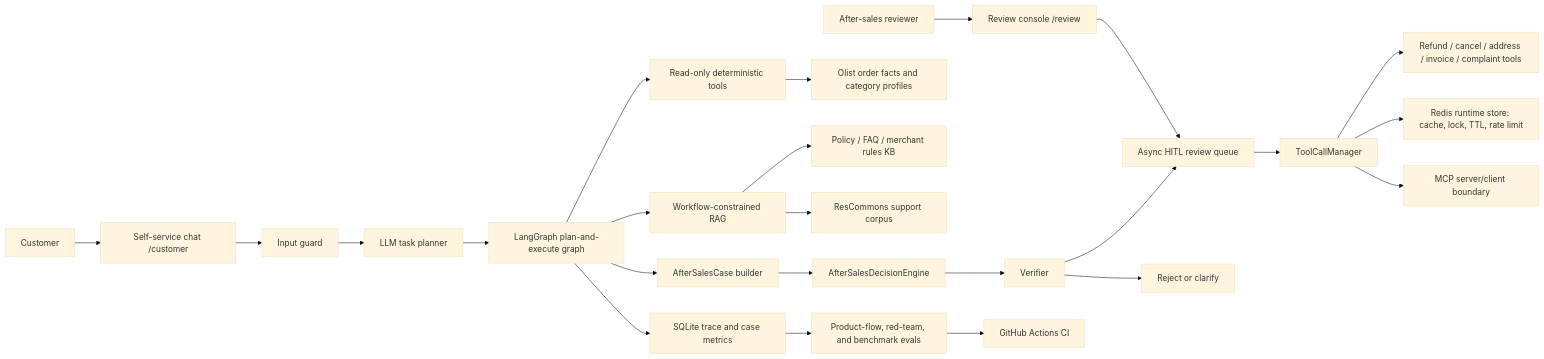
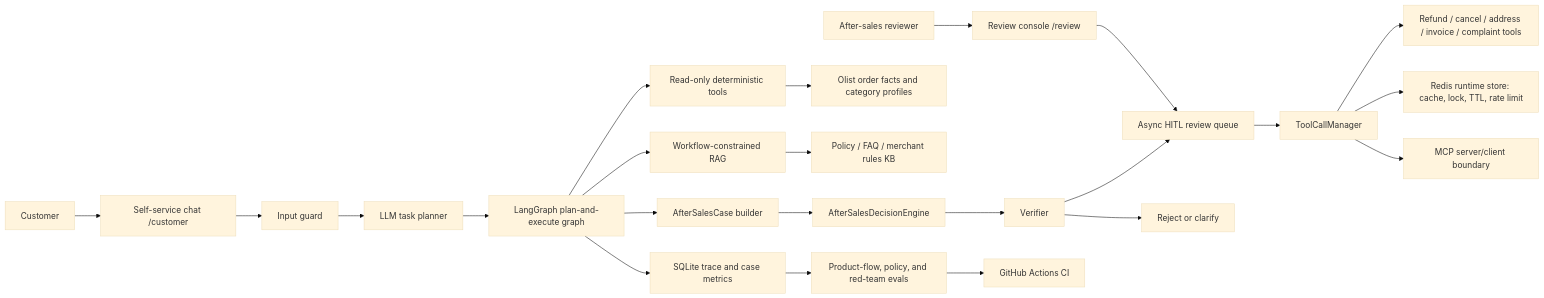
One commit to bigfish-emily/commerce-support-agent changed the diagram in docs/diagrams/overall_architecture.mmd. Above: the diagram before and after it, drawn with Mermaid (base theme). The commit also changed 29 other files, not shown here.

```diff
--- a/docs/diagrams/overall_architecture.mmd
+++ b/docs/diagrams/overall_architecture.mmd
@@ -1,28 +1,27 @@
 flowchart LR
     Customer[Customer] --> CustomerUI[Self-service chat /customer]
     Reviewer[After-sales reviewer] --> ReviewUI[Review console /review]
     CustomerUI --> Guard[Input guard]
     Guard --> Planner[LLM task planner]
     Planner --> Graph[LangGraph plan-and-execute graph]
     ReviewUI --> HITL
 
     Graph --> ReadTools[Read-only deterministic tools]
     Graph --> RAG[Workflow-constrained RAG]
     Graph --> Case[AfterSalesCase builder]
 
     ReadTools --> Olist[Olist order facts and category profiles]
     RAG --> Policy[Policy / FAQ / merchant rules KB]
-    RAG --> SupportCorpus[ResCommons support corpus]
 
     Case --> Decision[AfterSalesDecisionEngine]
     Decision --> Verifier[Verifier]
     Verifier --> SafeExit[Reject or clarify]
     Verifier --> HITL[Async HITL review queue]
     HITL --> ToolManager[ToolCallManager]
     ToolManager --> SideEffect[Refund / cancel / address / invoice / complaint tools]
 
     ToolManager --> Redis[Redis runtime store: cache, lock, TTL, rate limit]
     ToolManager --> MCP[MCP server/client boundary]
     Graph --> Trace[SQLite trace and case metrics]
-    Trace --> Eval[Product-flow, red-team, and benchmark evals]
+    Trace --> Eval[Product-flow, policy, and red-team evals]
     Eval --> CI[GitHub Actions CI]
```
